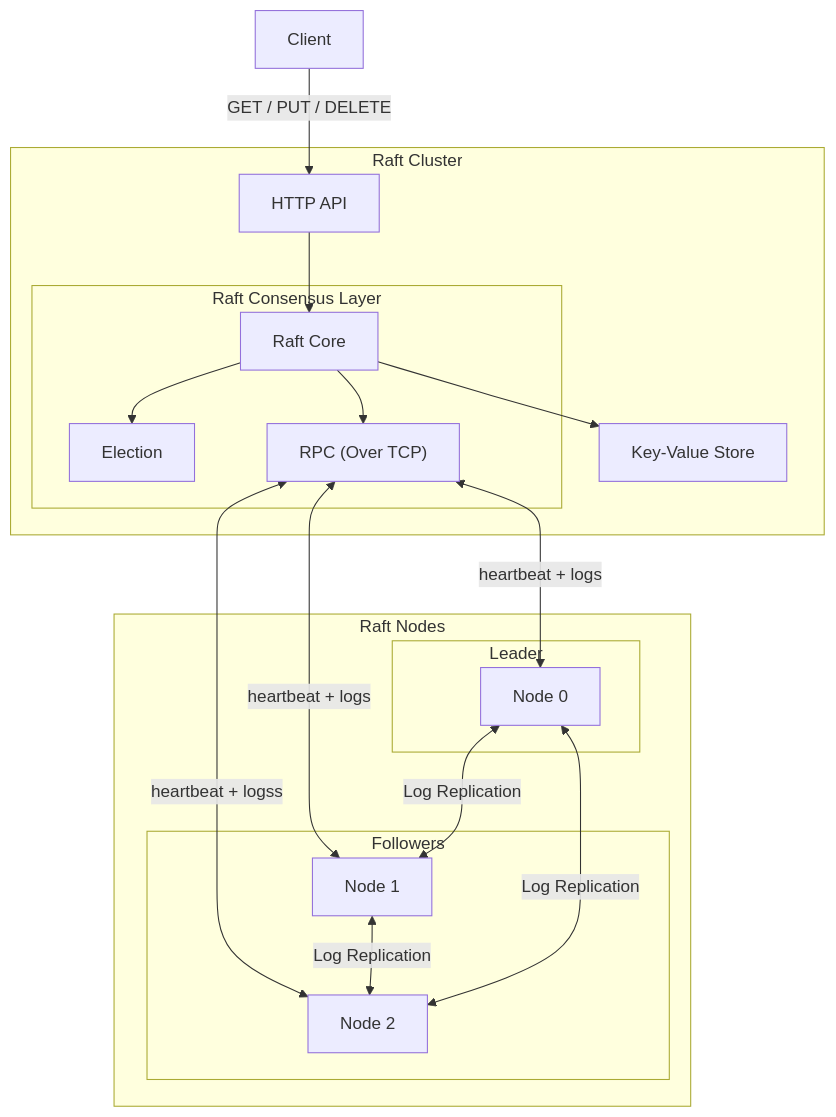
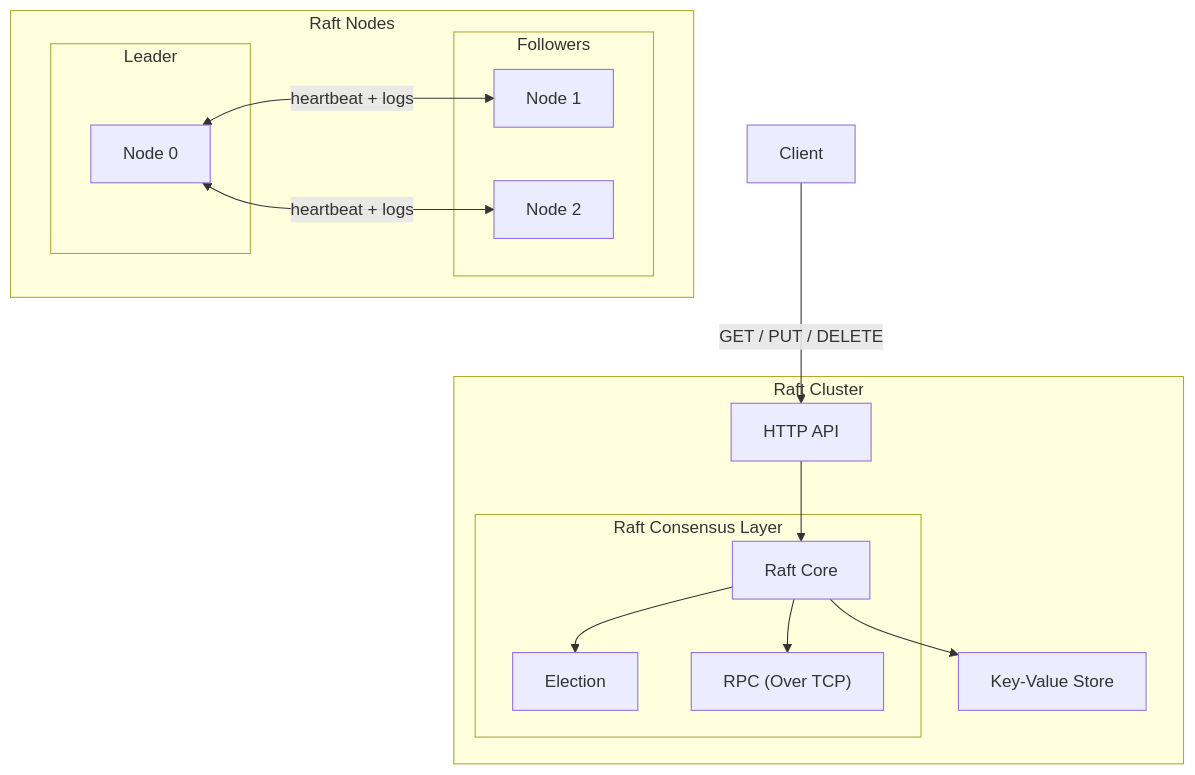
One commit to J-Hwang7/raft-kv changed the diagram in README.md. Above: the diagram before and after it, drawn with Mermaid.

````diff
--- a/README.md
+++ b/README.md
@@ -42,42 +42,38 @@
 ```mermaid
 flowchart TB
     Client["Client"]
 
     subgraph Cluster["Raft Cluster"]
         API["HTTP API"]
 
         subgraph Raft["Raft Consensus Layer"]
             Core["Raft Core"]
             Election["Election"]
             RPC["RPC (Over TCP)"]
         end
 
         Storage["Key-Value Store"]
     end
 
     subgraph Nodes["Raft Nodes"]
         subgraph Leader["Leader"]
             N0["Node 0"]
         end
         subgraph Follower["Followers"]
             N1["Node 1"]
             N2["Node 2"]
         end
 
     end
 
     Client -->|"GET / PUT / DELETE"| API
     API --> Core
 
     Core --> Election
     Core --> RPC
     Core --> Storage
 
-    RPC <-->|"heartbeat + logs"| N0
-    RPC <-->|"heartbeat + logs"| N1
-    RPC <-->|"heartbeat + logss"| N2
+    N0 <-->|"heartbeat + logs"| N1
+    N0 <-->|"heartbeat + logs"| N2
 
-    N0 <-->|"Log Replication"| N1
-    N1 <-->|"Log Replication"| N2
-    N0 <-->|"Log Replication"| N2
 ```
````
